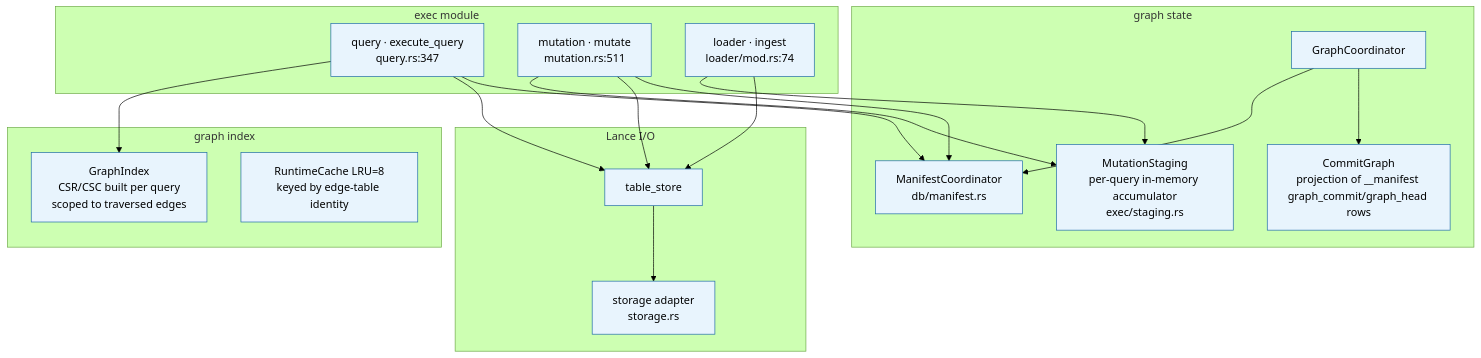
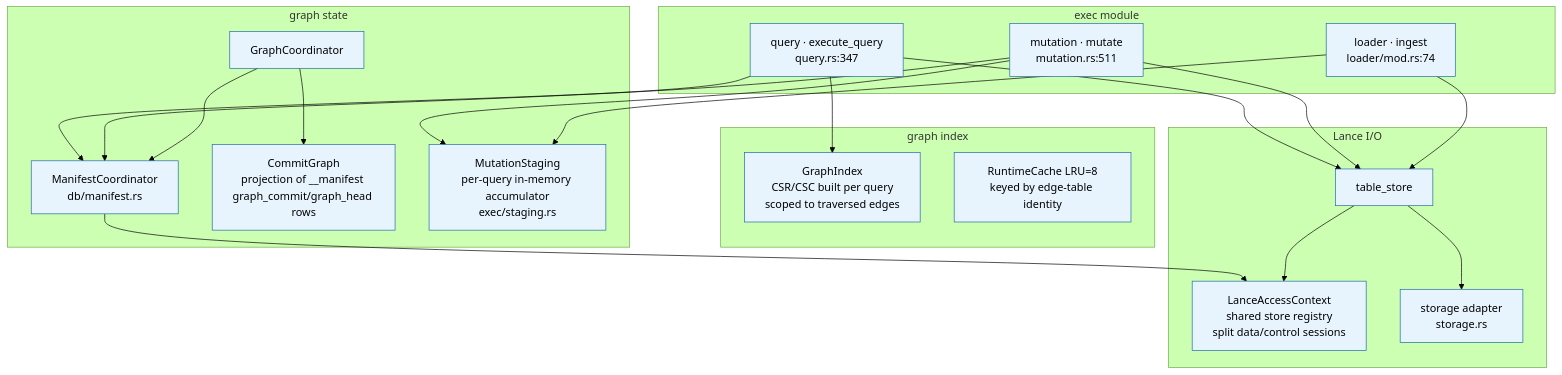
Before and after one commit to ModernRelay/omnigraph: the fourth of 7 diagrams in docs/dev/architecture.md, drawn with Mermaid (forest theme). The commit also changed other lines of this file and 29 other files, not shown here.

Commit message:
perf(storage): share Lance access sessions

````diff
--- a/docs/dev/architecture.md
+++ b/docs/dev/architecture.md
@@ -126,39 +126,42 @@
 ```mermaid
 flowchart TB
     classDef l2 fill:#e8f4fd,stroke:#1e6aa8,color:#000
 
     subgraph exec[exec module]
         eq[query · execute_query<br/>query.rs:347]:::l2
         em[mutation · mutate<br/>mutation.rs:511]:::l2
         ld[loader · ingest<br/>loader/mod.rs:74]:::l2
     end
 
     subgraph state[graph state]
         coord[GraphCoordinator]:::l2
         mr[ManifestCoordinator<br/>db/manifest.rs]:::l2
         cg[CommitGraph<br/>projection of __manifest graph_commit/graph_head rows]:::l2
         stg[MutationStaging<br/>per-query in-memory accumulator<br/>exec/staging.rs]:::l2
     end
 
     subgraph idx[graph index]
         gi[GraphIndex<br/>CSR/CSC built per query<br/>scoped to traversed edges]:::l2
         rc[RuntimeCache LRU=8<br/>keyed by edge-table identity]:::l2
     end
 
     subgraph io[Lance I/O]
+        la[LanceAccessContext<br/>shared store registry<br/>split data/control sessions]:::l2
         ts[table_store]:::l2
         st[storage adapter<br/>storage.rs]:::l2
     end
 
     eq --> gi
     eq --> ts
     em --> stg
     em --> ts
     ld --> stg
     ld --> ts
     eq --> mr
     em --> mr
     coord --> mr
     coord --> cg
+    mr --> la
+    ts --> la
     ts --> st
 ```
````
